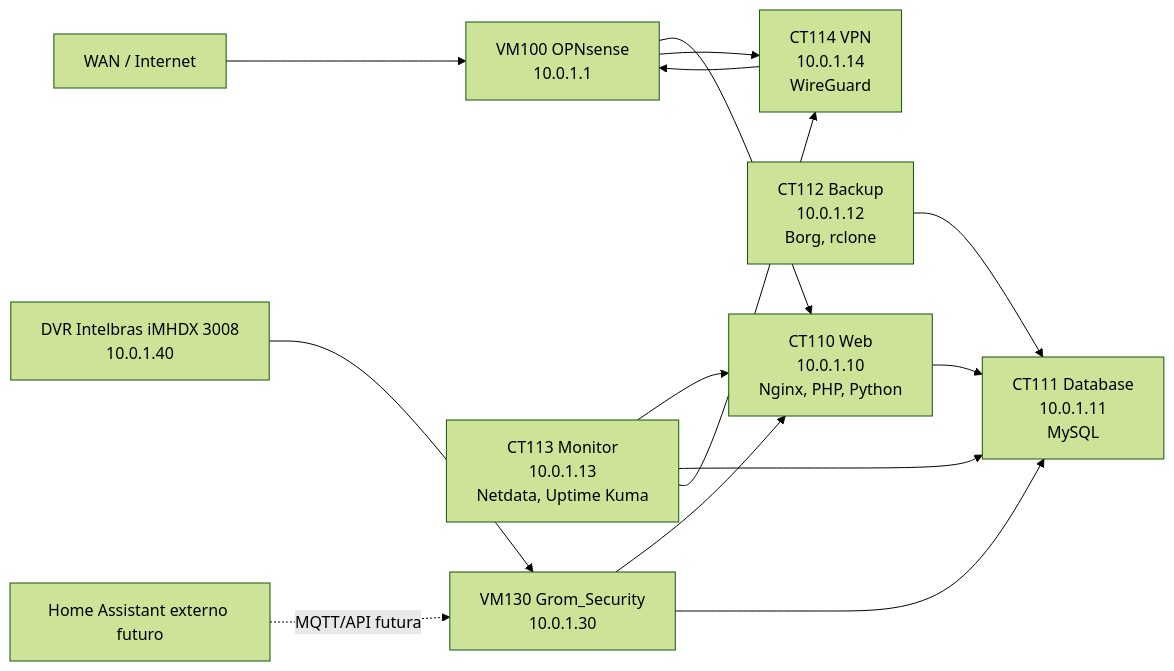
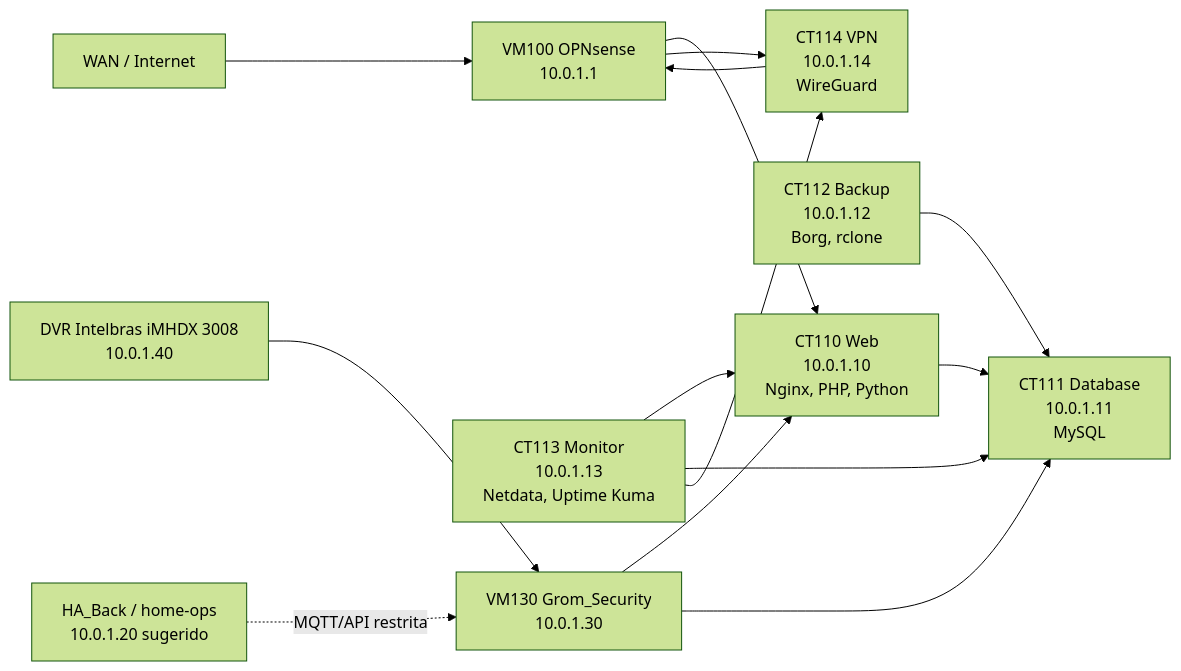
Before and after one commit to jagrom-max/Grom_Server: the second of 6 diagrams in docs/18-DIAGRAMAS-E-MATRIZES.md, drawn with Mermaid (forest theme). The commit also changed other lines of this file and 1 other file, not shown here.

Commit message:
Align architecture diagrams with HA_Back ownership

````diff
--- a/docs/18-DIAGRAMAS-E-MATRIZES.md
+++ b/docs/18-DIAGRAMAS-E-MATRIZES.md
@@ -36,27 +43,27 @@
 ```mermaid
 flowchart LR
     WAN[WAN / Internet]
     OPN[VM100 OPNsense\n10.0.1.1]
     WEB[CT110 Web\n10.0.1.10\nNginx, PHP, Python]
     DB[CT111 Database\n10.0.1.11\nMySQL]
     BAK[CT112 Backup\n10.0.1.12\nBorg, rclone]
     MON[CT113 Monitor\n10.0.1.13\nNetdata, Uptime Kuma]
     VPN[CT114 VPN\n10.0.1.14\nWireGuard]
     SEC[VM130 Grom_Security\n10.0.1.30]
     DVR[DVR Intelbras iMHDX 3008\n10.0.1.40]
-    HA[Home Assistant externo futuro]
+    HA[HA_Back / home-ops\n10.0.1.20 sugerido]
 
     WAN --> OPN
     OPN --> WEB
     OPN --> VPN
     WEB --> DB
     BAK --> DB
     MON --> WEB
     MON --> DB
     MON --> VPN
     DVR --> SEC
-    HA -. MQTT/API futura .-> SEC
+    HA -. MQTT/API restrita .-> SEC
     SEC --> WEB
     SEC --> DB
     VPN --> OPN
 ```
````
